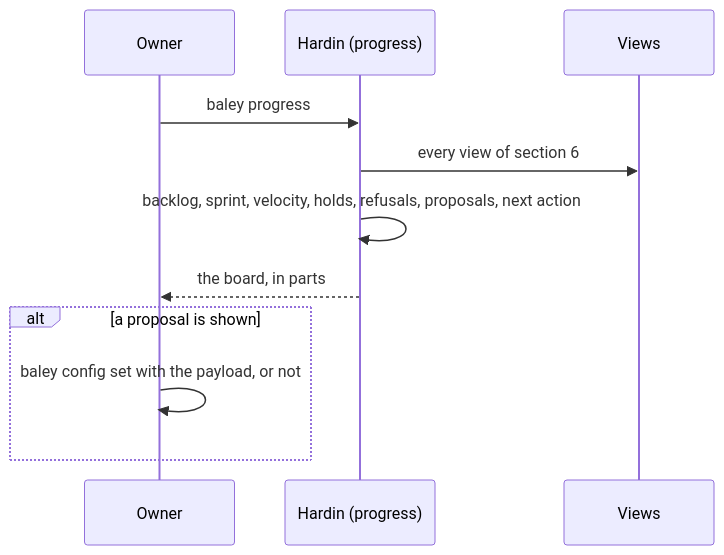
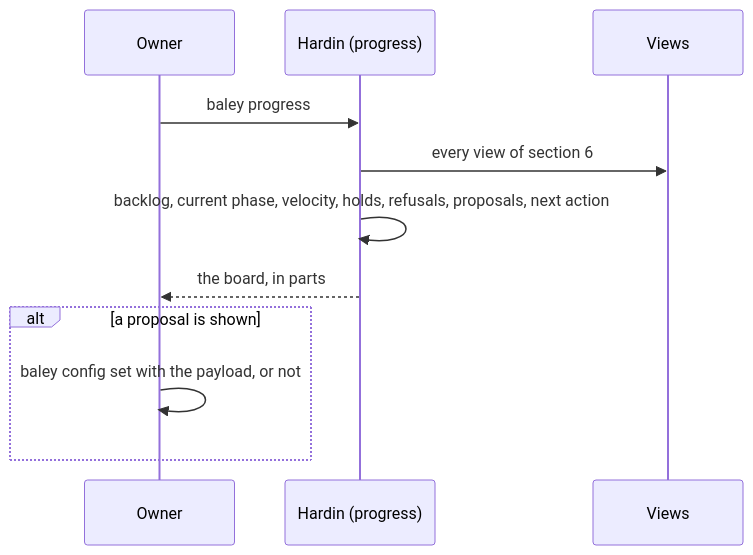
The third of 3 diagrams in docs/design/0013-next-action-and-progress.md (crenshawdev/baley), drawn with Mermaid before and after one commit. The commit also changed other lines of this file and 21 other files, not shown here.

````diff
--- a/docs/design/0013-next-action-and-progress.md
+++ b/docs/design/0013-next-action-and-progress.md
@@ -155,13 +160,13 @@
 ```mermaid
 sequenceDiagram
   participant O as Owner
   participant P as Hardin (progress)
   participant V as Views
   O->>P: baley progress
   P->>V: every view of section 6
-  P->>P: backlog, sprint, velocity, holds, refusals, proposals, next action
+  P->>P: backlog, current phase, velocity, holds, refusals, proposals, next action
   P-->>O: the board, in parts
   alt a proposal is shown
     O->>O: baley config set with the payload, or not
   end
 ```
````
